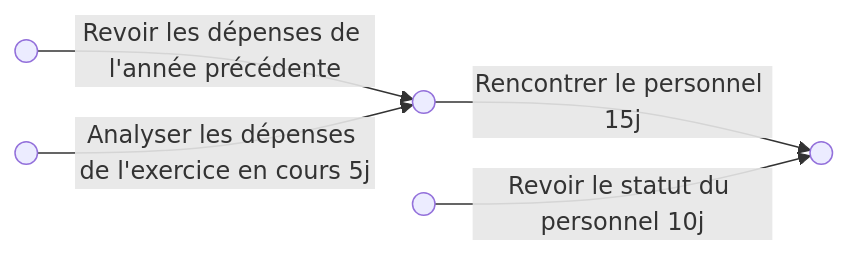
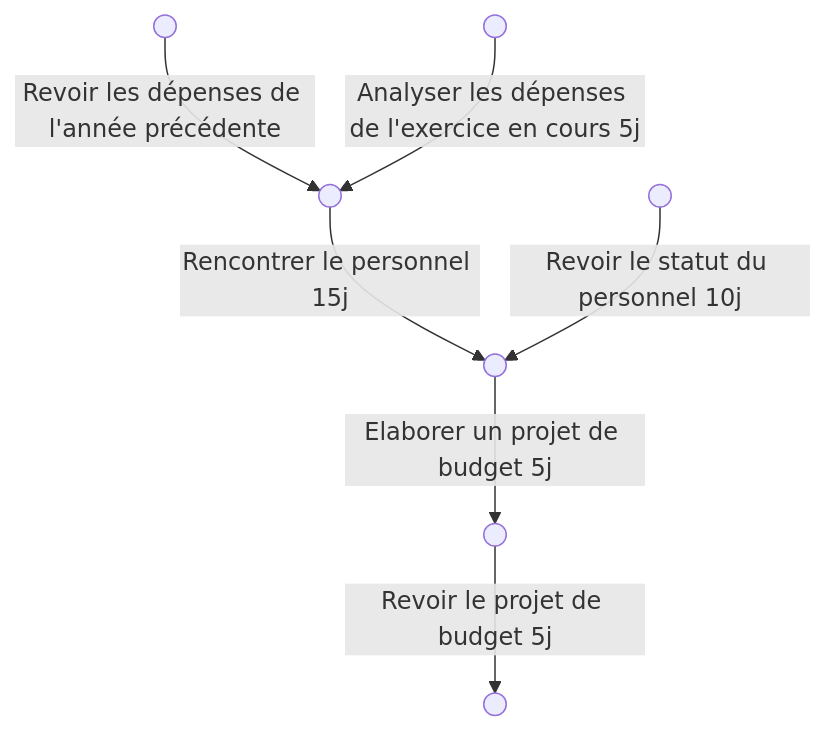
One commit to Carsano/Road2ITD changed the diagram in 02_Learning/01_Management/CH9. Effectuer un suivi des performances.md. Above: the diagram before and after it, drawn with Mermaid.

Commit message:
vault backup: 2025-05-25 10:47:37

````diff
--- a/02_Learning/01_Management/CH9. Effectuer un suivi des performances.md
+++ b/02_Learning/01_Management/CH9. Effectuer un suivi des performances.md
@@ -49,8 +49,11 @@
 ```mermaid
-graph LR
+graph TB
     A(( )) -- Revoir les dépenses de l'année précédente --> C(( ))
     B(( )) -- Analyser les dépenses de l'exercice en cours 5j --> C
     C --Rencontrer le personnel 15j--> E(( ))
     D(( )) --Revoir le statut du personnel 10j --> E(( ))
+    E --Elaborer un projet de budget 5j --> F(( ))
+    F --Revoir le projet de budget 5j --> G(( ))
+
 
 ```
````
